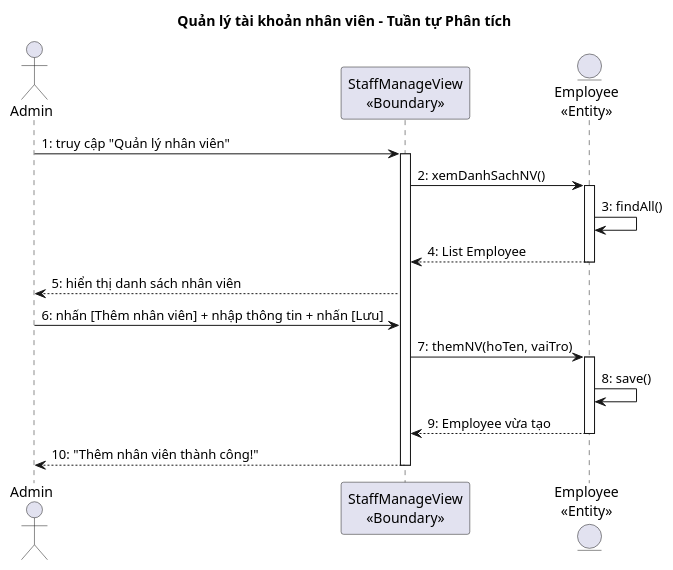
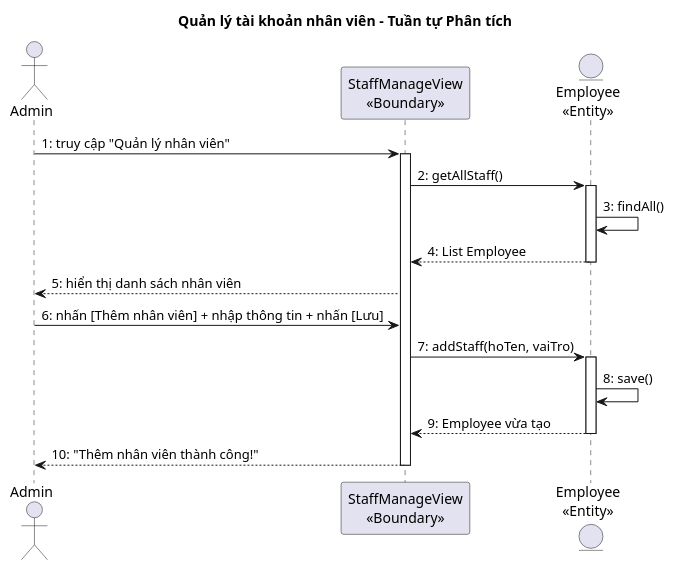
One commit to thanhtrnnn/cnpm changed the fifth of 5 diagrams in docs/tabs/section-account-ii.md. Above: the diagram before and after it, drawn with PlantUML. The commit also changed other lines of this file and 7 other files, not shown here.

````diff
--- a/docs/tabs/section-account-ii.md
+++ b/docs/tabs/section-account-ii.md
@@ -441,27 +441,27 @@
 ```plantuml
 @startuml
 title Quản lý tài khoản nhân viên – Tuần tự Phân tích
 
 actor "Admin" as Admin
 participant "StaffManageView\n<<Boundary>>" as B1
 entity "Employee\n<<Entity>>" as E1
 
 Admin -> B1 : 1: truy cập "Quản lý nhân viên"
 activate B1
-B1 -> E1 : 2: xemDanhSachNV()
+B1 -> E1 : 2: getAllStaff()
 activate E1
 E1 -> E1 : 3: findAll()
 E1 --> B1 : 4: List Employee
 deactivate E1
 B1 --> Admin : 5: hiển thị danh sách nhân viên
 
 Admin -> B1 : 6: nhấn [Thêm nhân viên] + nhập thông tin + nhấn [Lưu]
-B1 -> E1 : 7: themNV(hoTen, vaiTro)
+B1 -> E1 : 7: addStaff(hoTen, vaiTro)
 activate E1
 E1 -> E1 : 8: save()
 E1 --> B1 : 9: Employee vừa tạo
 deactivate E1
 B1 --> Admin : 10: "Thêm nhân viên thành công!"
 deactivate B1
 @enduml
 ```
````
